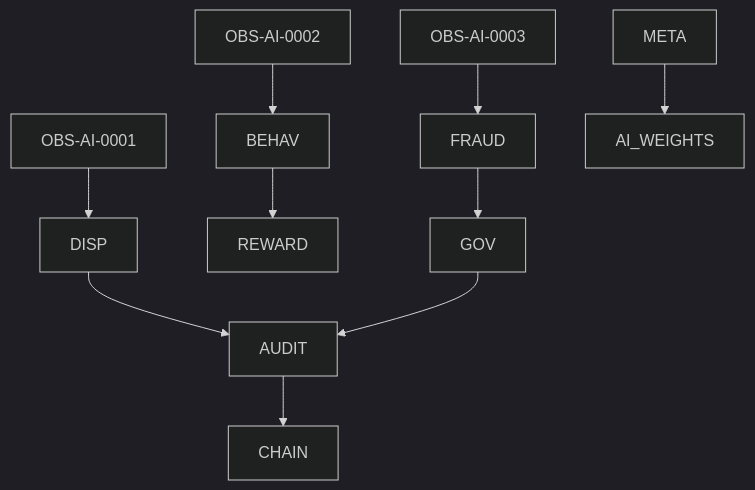
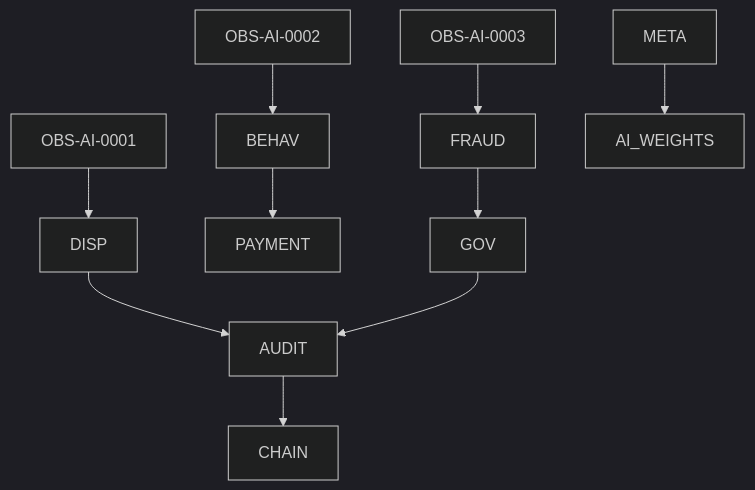
Before and after one commit to Aros-Technology-Studio/AST-Aros-Financial-Paradigm: the first of 2 diagrams in 12_nodechain_ai_agents/agent_roles_matrix.md, drawn with Mermaid (dark theme). The commit also changed other lines of this file, not shown here.

````diff
--- a/12_nodechain_ai_agents/agent_roles_matrix.md
+++ b/12_nodechain_ai_agents/agent_roles_matrix.md
@@ -35,13 +36,13 @@
 ```mermaid
 flowchart TD
     OBS1[OBS-AI-0001] --> DISP
     OBS2[OBS-AI-0002] --> BEHAV
     OBS3[OBS-AI-0003] --> FRAUD
-    BEHAV --> REWARD
+    BEHAV --> PAYMENT
     FRAUD --> GOV
     DISP --> AUDIT
     GOV --> AUDIT
     AUDIT --> CHAIN
     META --> AI_WEIGHTS
 
 ```
````
